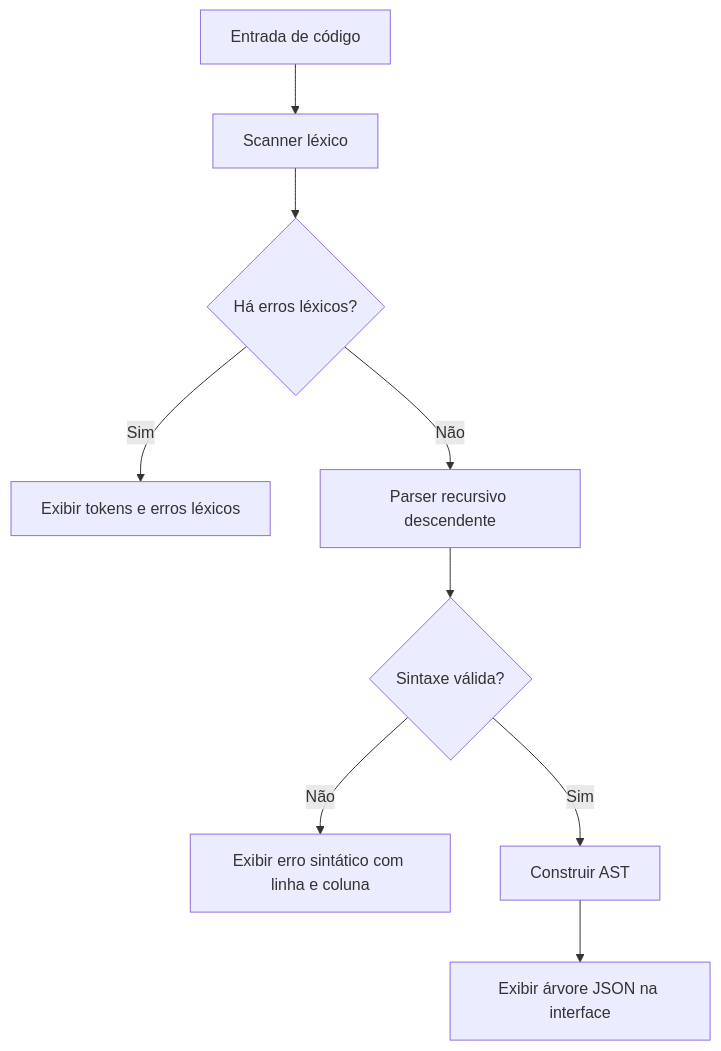
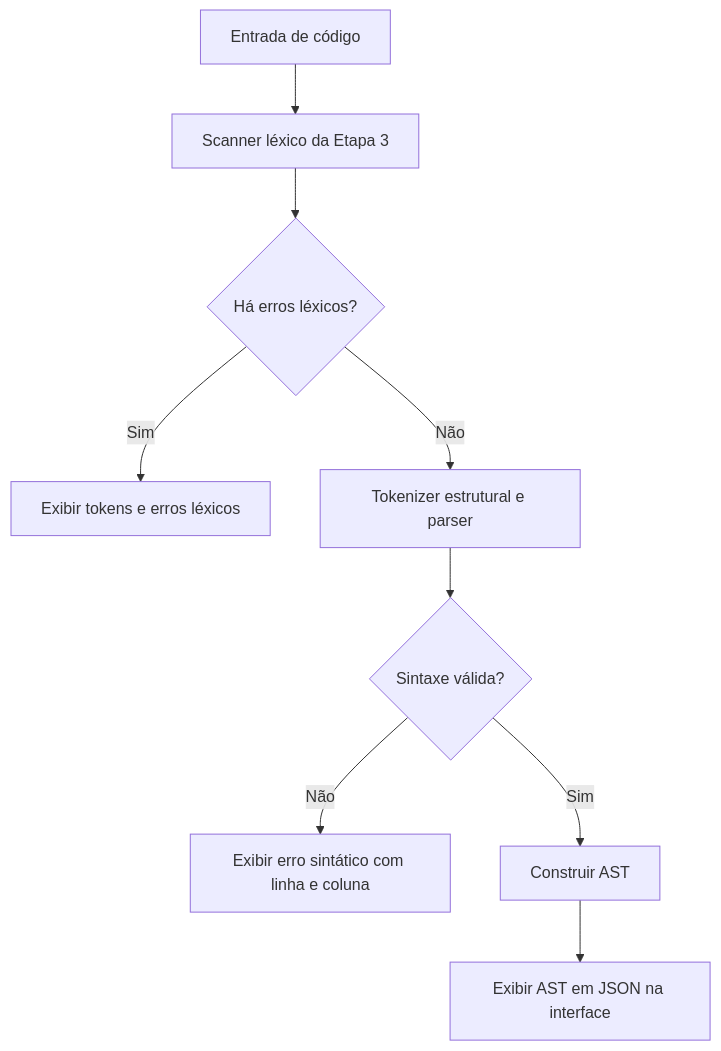
The diagram in docs/materiais-metodos-etapa4.md (G2Kzin/LexiPy), drawn with Mermaid before and after one commit. The commit also changed other lines of this file, not shown here.

````diff
--- a/docs/materiais-metodos-etapa4.md
+++ b/docs/materiais-metodos-etapa4.md
@@ -26,11 +30,11 @@
 ```mermaid
 flowchart TD
-    A[Entrada de código] --> B[Scanner léxico]
+    A[Entrada de código] --> B[Scanner léxico da Etapa 3]
     B --> C{Há erros léxicos?}
     C -- Sim --> D[Exibir tokens e erros léxicos]
-    C -- Não --> E[Parser recursivo descendente]
+    C -- Não --> E[Tokenizer estrutural e parser]
     E --> F{Sintaxe válida?}
     F -- Não --> G[Exibir erro sintático com linha e coluna]
     F -- Sim --> H[Construir AST]
-    H --> I[Exibir árvore JSON na interface]
+    H --> I[Exibir AST em JSON na interface]
 ```
````
